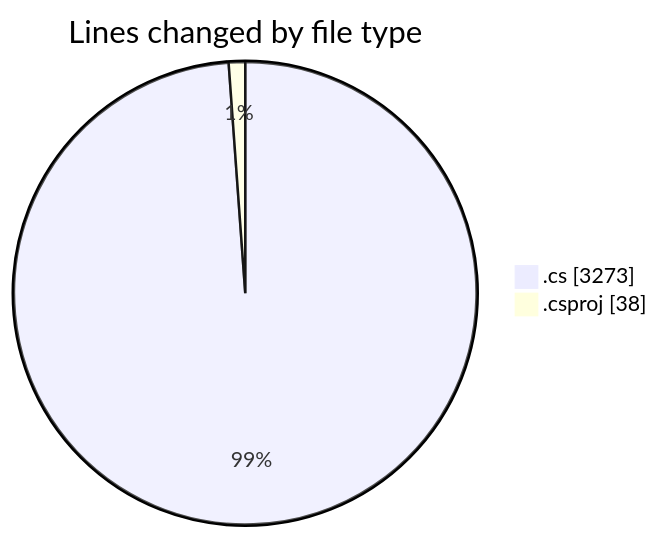
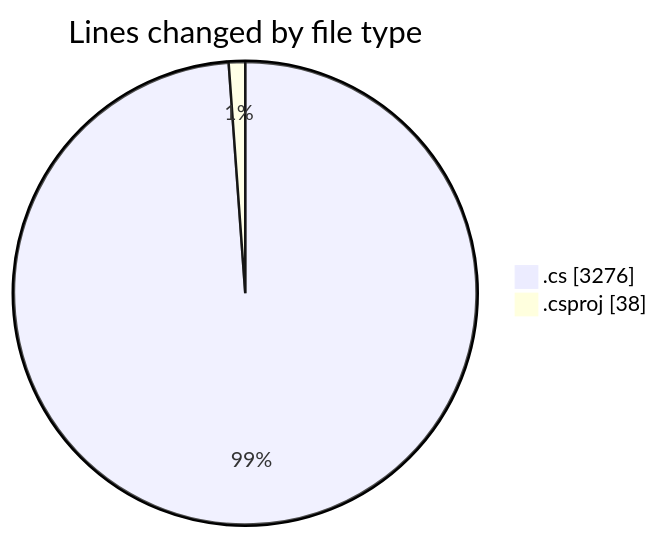
The first of 2 diagrams in 2025-04-03/back-end/README.md (Netris89/code-tracking), drawn with Mermaid before and after one commit. The commit also changed other lines of this file and 1 other file, not shown here.

````diff
--- a/2025-04-03/back-end/README.md
+++ b/2025-04-03/back-end/README.md
@@ -61,6 +61,6 @@
 ```mermaid
 pie showData
 title Lines changed by file type
-".cs" : 3273
+".cs" : 3276
 ".csproj" : 38
 ```
````
